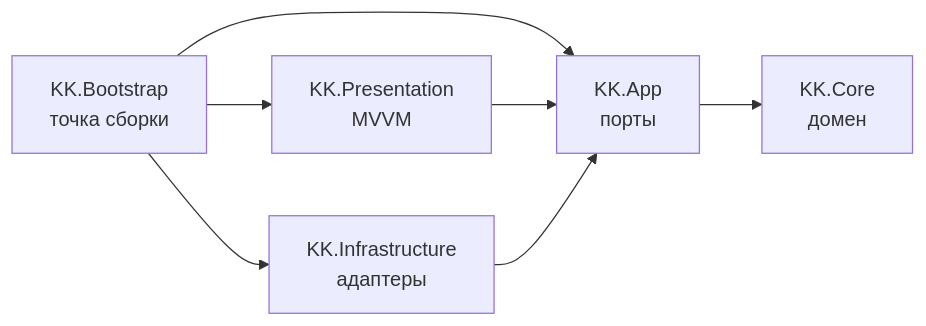
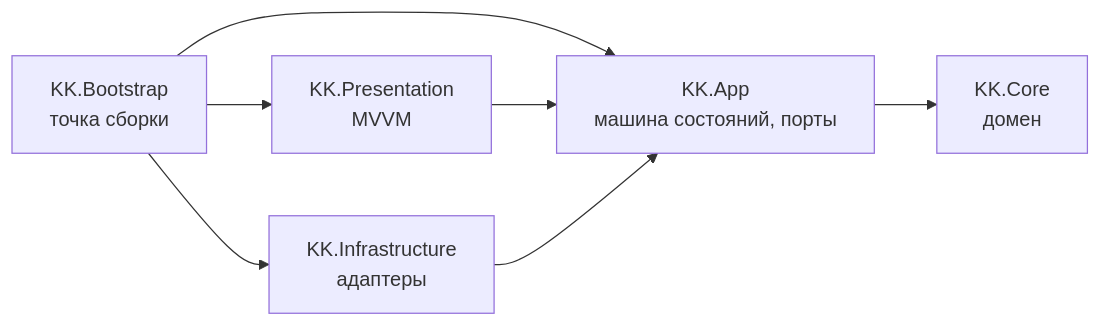
One commit to artshest/kknights-typing-game changed the second of 2 diagrams in README.md. Above: the diagram before and after it, drawn with Mermaid. The commit also changed other lines of this file and 1 other file, not shown here.

````diff
--- a/README.md
+++ b/README.md
@@ -221,15 +233,15 @@
 ```mermaid
 flowchart LR
     Bootstrap["KK.Bootstrap<br/>точка сборки"]
     Presentation["KK.Presentation<br/>MVVM"]
     Infrastructure["KK.Infrastructure<br/>адаптеры"]
-    App["KK.App<br/>порты"]
+    App["KK.App<br/>машина состояний, порты"]
     Core["KK.Core<br/>домен"]
 
     Bootstrap --> Presentation
     Bootstrap --> Infrastructure
     Bootstrap --> App
     Presentation --> App
     Infrastructure --> App
     App --> Core
 ```
````
